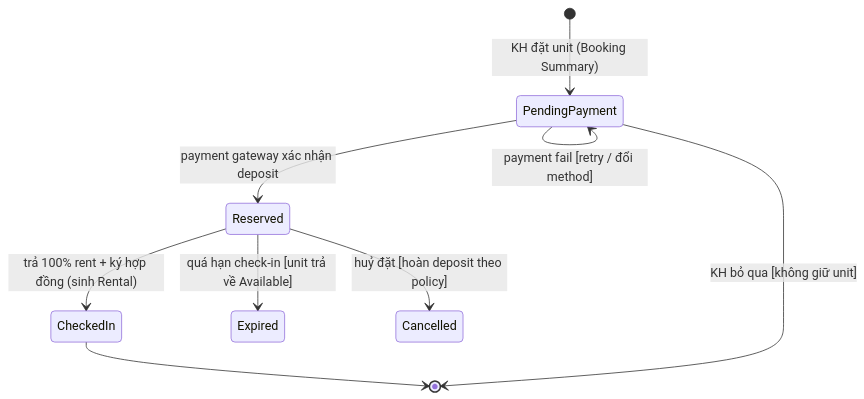
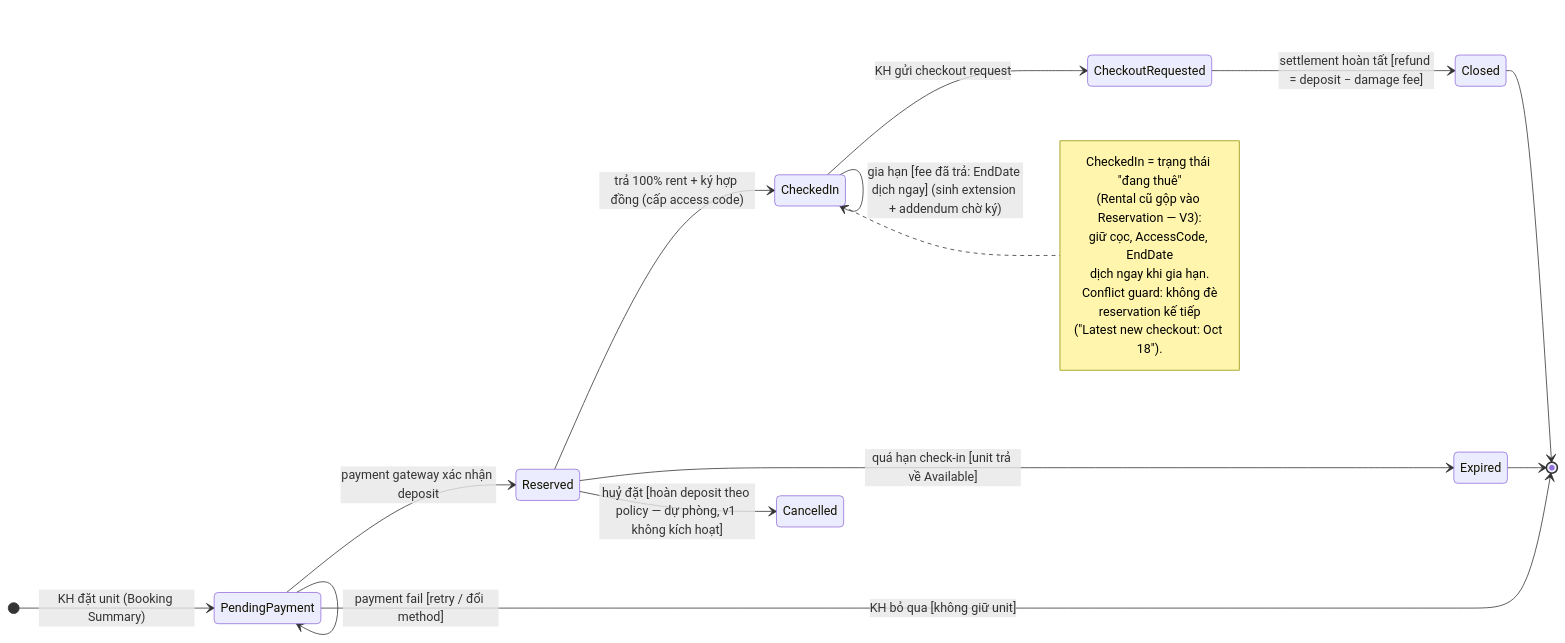
Before and after one commit to bechovang/bmad-swp: the diagram in ERD_Statechart_LaTeX/mermaid/state-reservation.mmd, drawn with Mermaid. The commit also changed 19 other files, not shown here.

```diff
--- a/ERD_Statechart_LaTeX/mermaid/state-reservation.mmd
+++ b/ERD_Statechart_LaTeX/mermaid/state-reservation.mmd
@@ -1,13 +1,30 @@
-%% StorageHub — State chart: vòng đời Reservation (BK-)
+%% StorageHub — State chart: vòng đời Reservation (BK-) — V3 2026-09-18
+%% Gộp vòng đời Rental cũ: cọc duy trì phiên, CheckedIn = đang thuê
 stateDiagram-v2
+    direction LR
     [*] --> PendingPayment : KH đặt unit (Booking Summary)
 
     PendingPayment --> Reserved : payment gateway xác nhận deposit
     PendingPayment --> PendingPayment : payment fail [retry / đổi method]
     PendingPayment --> [*] : KH bỏ qua [không giữ unit]
 
-    Reserved --> CheckedIn : trả 100% rent + ký hợp đồng (sinh Rental)
+    Reserved --> CheckedIn : trả 100% rent + ký hợp đồng (cấp access code)
     Reserved --> Expired : quá hạn check-in [unit trả về Available]
-    Reserved --> Cancelled : huỷ đặt [hoàn deposit theo policy]
+    Reserved --> Cancelled : huỷ đặt [hoàn deposit theo policy — dự phòng, v1 không kích hoạt]
 
-    CheckedIn --> [*]
+    CheckedIn --> CheckedIn : gia hạn [fee đã trả: EndDate dịch ngay] (sinh extension + addendum chờ ký)
+    CheckedIn --> CheckoutRequested : KH gửi checkout request
+    CheckoutRequested --> Closed : settlement hoàn tất [refund = deposit − damage fee]
+
+    Closed --> [*]
+    Expired --> [*]
+
+    note right of CheckedIn
+        CheckedIn = trạng thái "đang thuê"
+        (Rental cũ gộp vào Reservation — V3):
+        giữ cọc, AccessCode, EndDate
+        dịch ngay khi gia hạn.
+        Conflict guard: không đè
+        reservation kế tiếp
+        ("Latest new checkout: Oct 18").
+    end note
```
